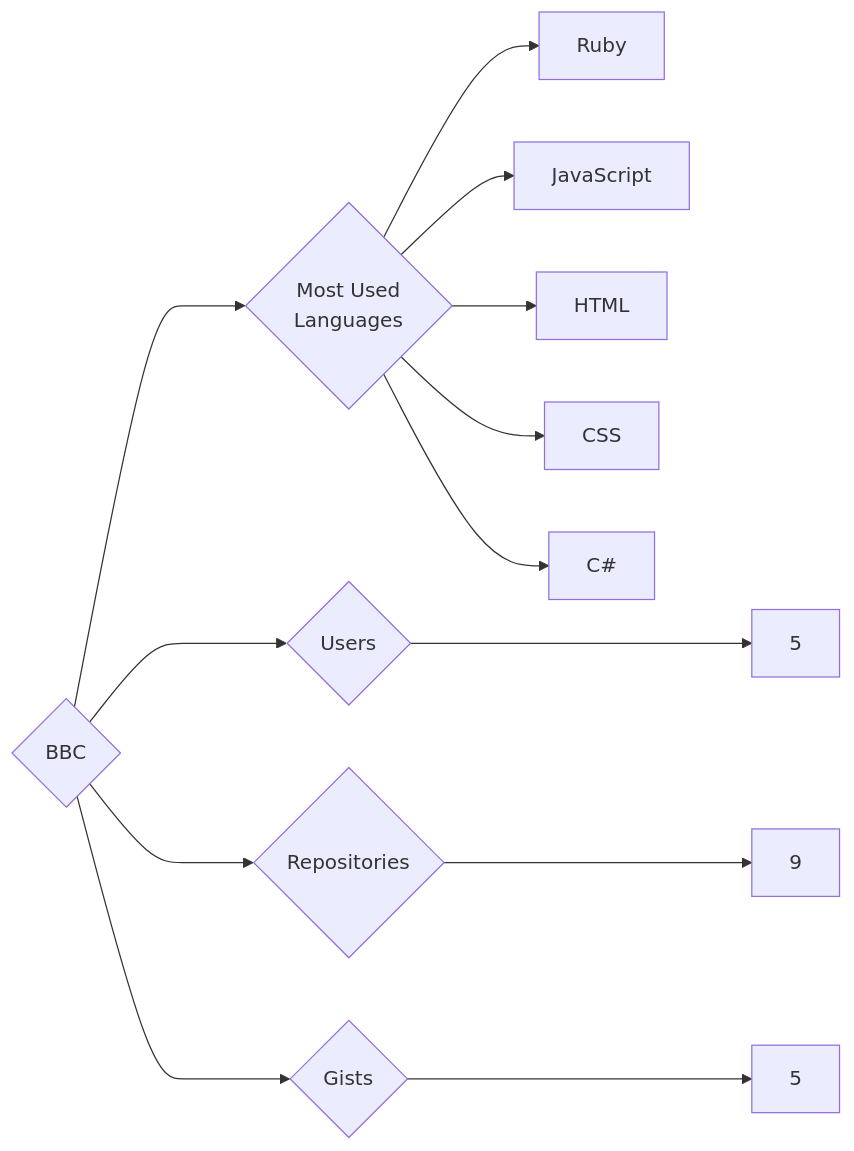
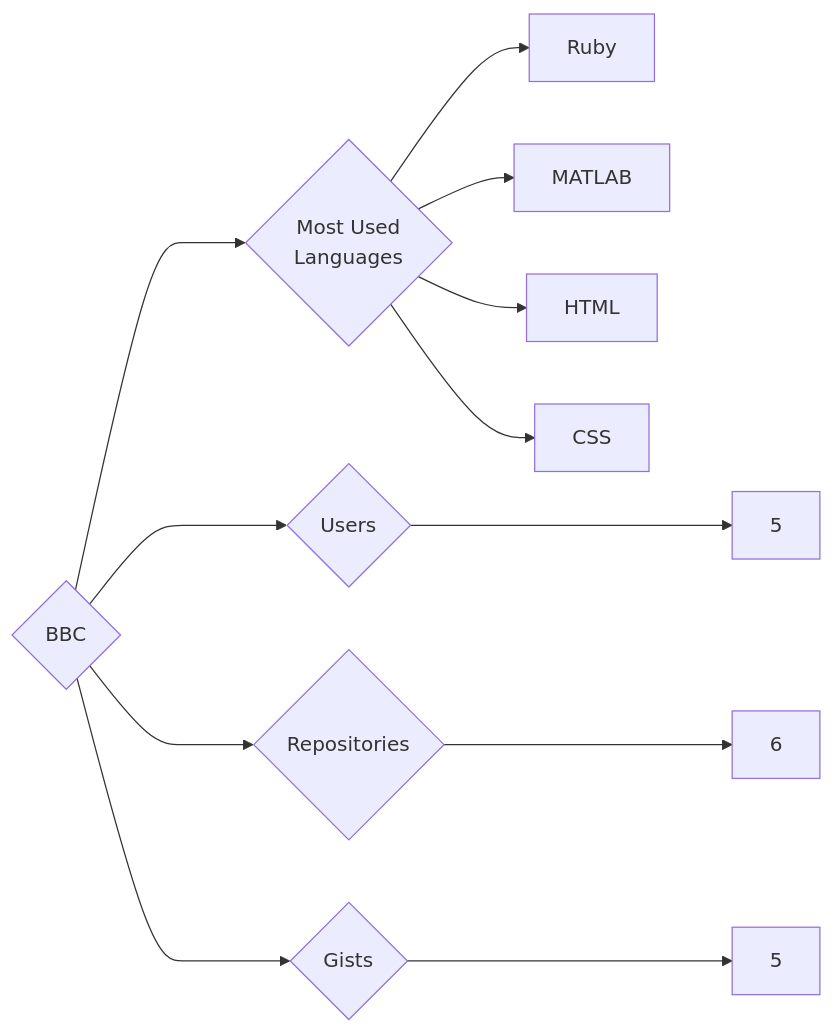
Before and after one commit to trickest/insiders: the diagram in targets/BBC/README.md, drawn with Mermaid. The commit also changed 942 other files, not shown here.

````diff
--- a/targets/BBC/README.md
+++ b/targets/BBC/README.md
@@ -3,13 +3,12 @@
 ```mermaid
 graph LR
 COMPANY_NAME{BBC}
 COMPANY_NAME ---> U{Users} ---> UN[5]
-COMPANY_NAME ---> R{Repositories} ---> RN[9]
+COMPANY_NAME ---> R{Repositories} ---> RN[6]
 COMPANY_NAME ---> G{Gists} ---> GN[5]
 COMPANY_NAME ---> ML{Most Used<br>Languages}
 ML --> Ruby[Ruby]
-ML --> JavaScript[JavaScript]
+ML --> MATLAB[MATLAB]
 ML --> HTML[HTML]
 ML --> CSS[CSS]
-ML --> C#[C#]
 ```
````
